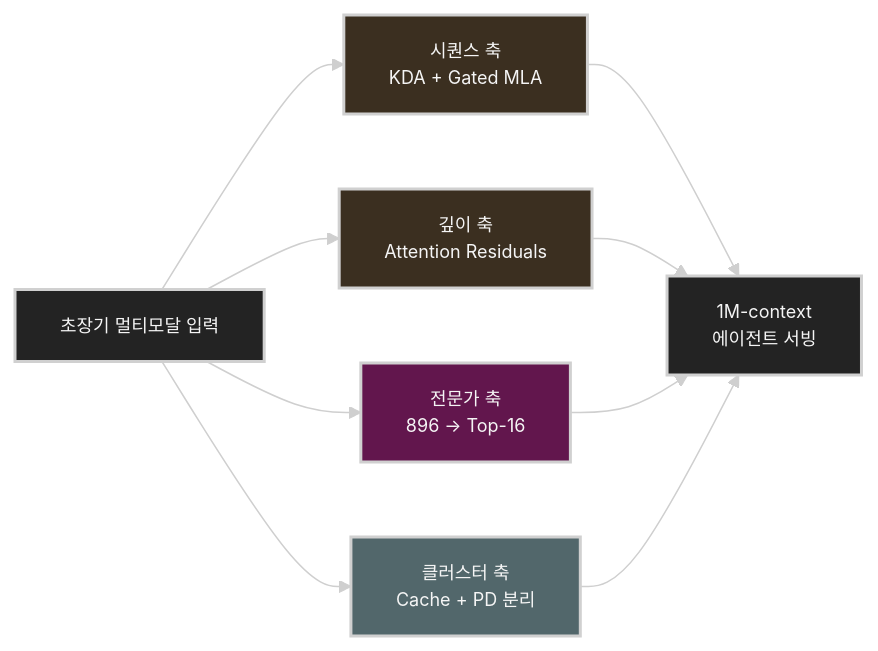
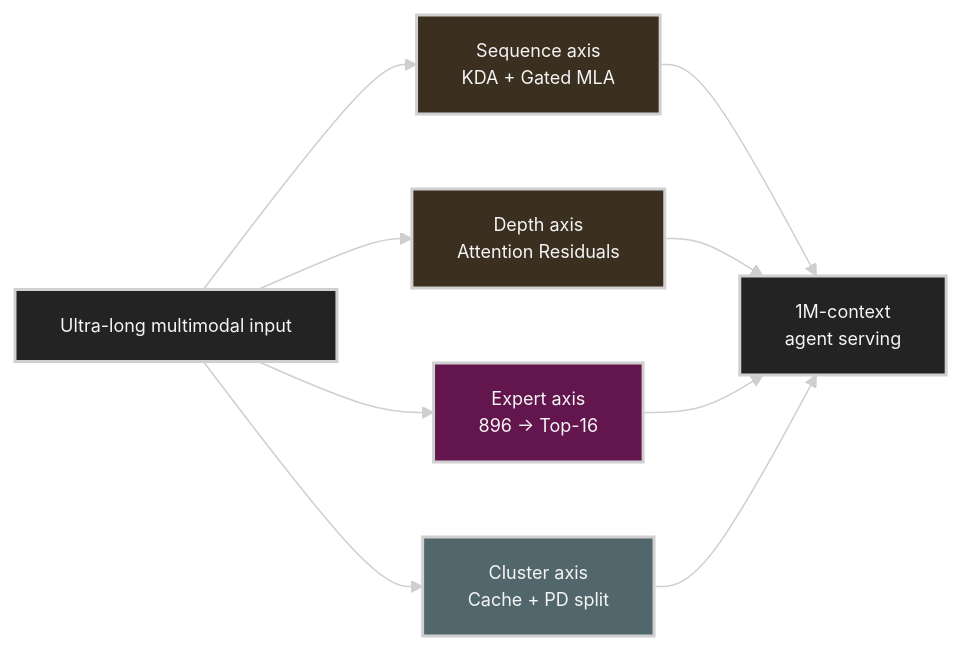
One commit to kuanghl/ai-data-center-systems changed the second of 3 diagrams in inference/models/kimi-k3.md. Above: the diagram before and after it, drawn with Mermaid. The commit also changed other lines of this file and 48 other files, not shown here.

````diff
--- a/inference/models/kimi-k3.md
+++ b/inference/models/kimi-k3.md
@@ -98,22 +98,22 @@
 ```mermaid
 %%{init: {"theme": "base", "themeVariables": {"background": "#171717", "primaryColor": "#232323", "primaryTextColor": "#f5f5f5", "primaryBorderColor": "#d0d0d0", "lineColor": "#cfcfcf", "fontFamily": "Inter, Arial, sans-serif", "fontSize": "12px"}}}%%
 flowchart LR
-    I[초장기 멀티모달 입력] --> S[시퀀스 축<br/>KDA + Gated MLA]
-    I --> D[깊이 축<br/>Attention Residuals]
-    I --> E[전문가 축<br/>896 → Top-16]
-    I --> C[클러스터 축<br/>Cache + PD 분리]
+    I[Ultra-long multimodal input] --> S[Sequence axis<br/>KDA + Gated MLA]
+    I --> D[Depth axis<br/>Attention Residuals]
+    I --> E[Expert axis<br/>896 → Top-16]
+    I --> C[Cluster axis<br/>Cache + PD split]
 
-    S --> O[1M-context<br/>에이전트 서빙]
+    S --> O[1M-context<br/>agent serving]
     D --> O
     E --> O
     C --> O
 
     classDef primary fill:#232323,stroke:#d0d0d0,color:#f5f5f5,stroke-width:2px,font-family:Inter;
     classDef secondary fill:#3b2f20,stroke:#d0d0d0,color:#f5f5f5,stroke-width:2px,font-family:Inter;
     classDef note fill:#52676b,stroke:#d0d0d0,color:#f5f5f5,stroke-width:2px,font-family:Inter;
     classDef accent fill:#62164d,stroke:#d0d0d0,color:#f5f5f5,stroke-width:2px,font-family:Inter;
     class I,O primary
     class S,D secondary
     class C note
     class E accent
 ```
````
